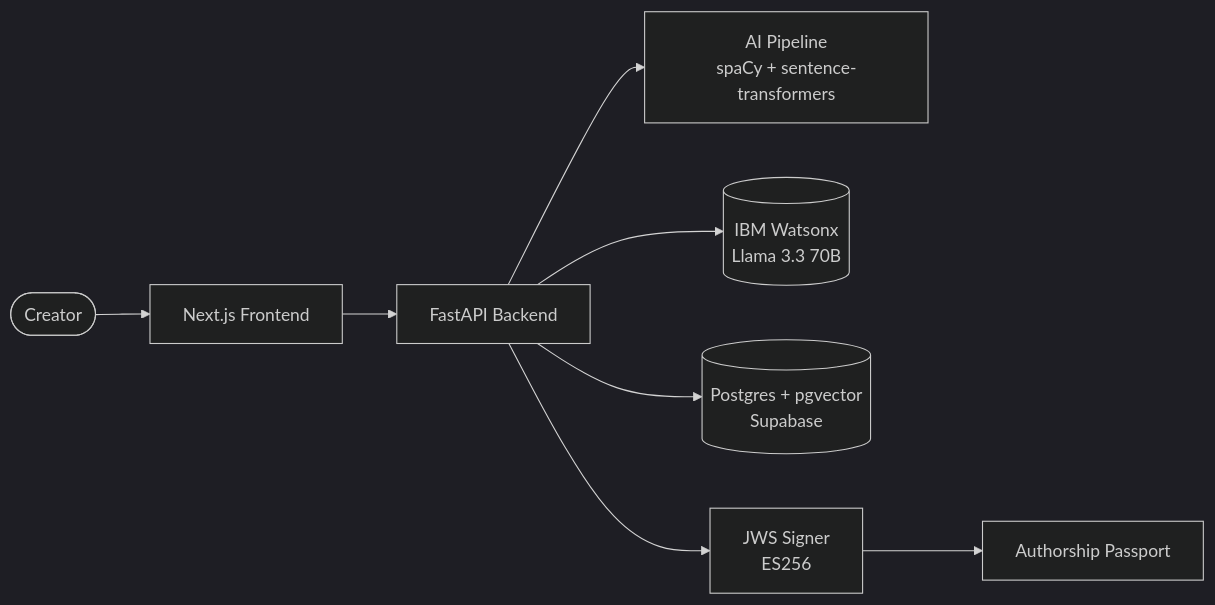
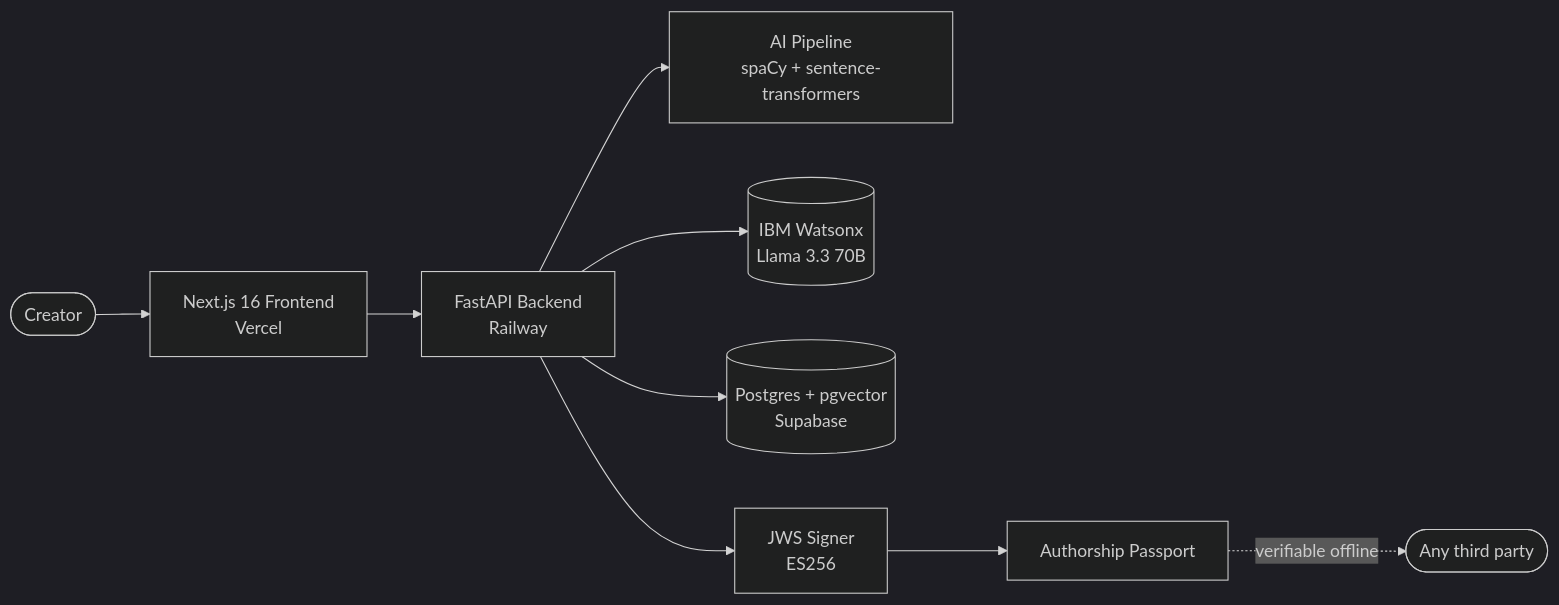
The diagram in README.md (sergi-torres/AuthorAI), drawn with Mermaid (dark theme) before and after one commit. The commit also changed other lines of this file, not shown here.

````diff
--- a/README.md
+++ b/README.md
@@ -66,10 +155,11 @@
 ```mermaid
 graph LR
-    User([Creator]) --> Web[Next.js Frontend]
-    Web --> API[FastAPI Backend]
+    User([Creator]) --> Web[Next.js 16 Frontend<br/>Vercel]
+    Web --> API[FastAPI Backend<br/>Railway]
     API --> Pipeline[AI Pipeline<br/>spaCy + sentence-transformers]
     API --> Watsonx[(IBM Watsonx<br/>Llama 3.3 70B)]
     API --> DB[(Postgres + pgvector<br/>Supabase)]
     API --> Signer[JWS Signer<br/>ES256]
     Signer --> Passport[Authorship Passport]
+    Passport -.verifiable offline.-> Anyone([Any third party])
 ```
````
